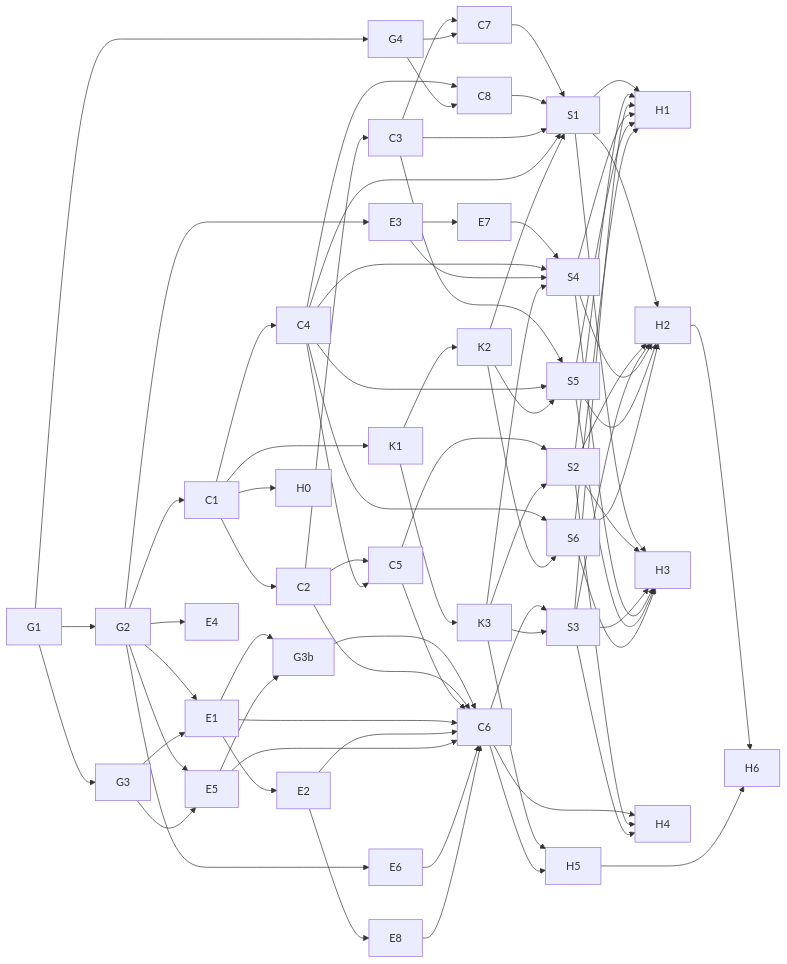
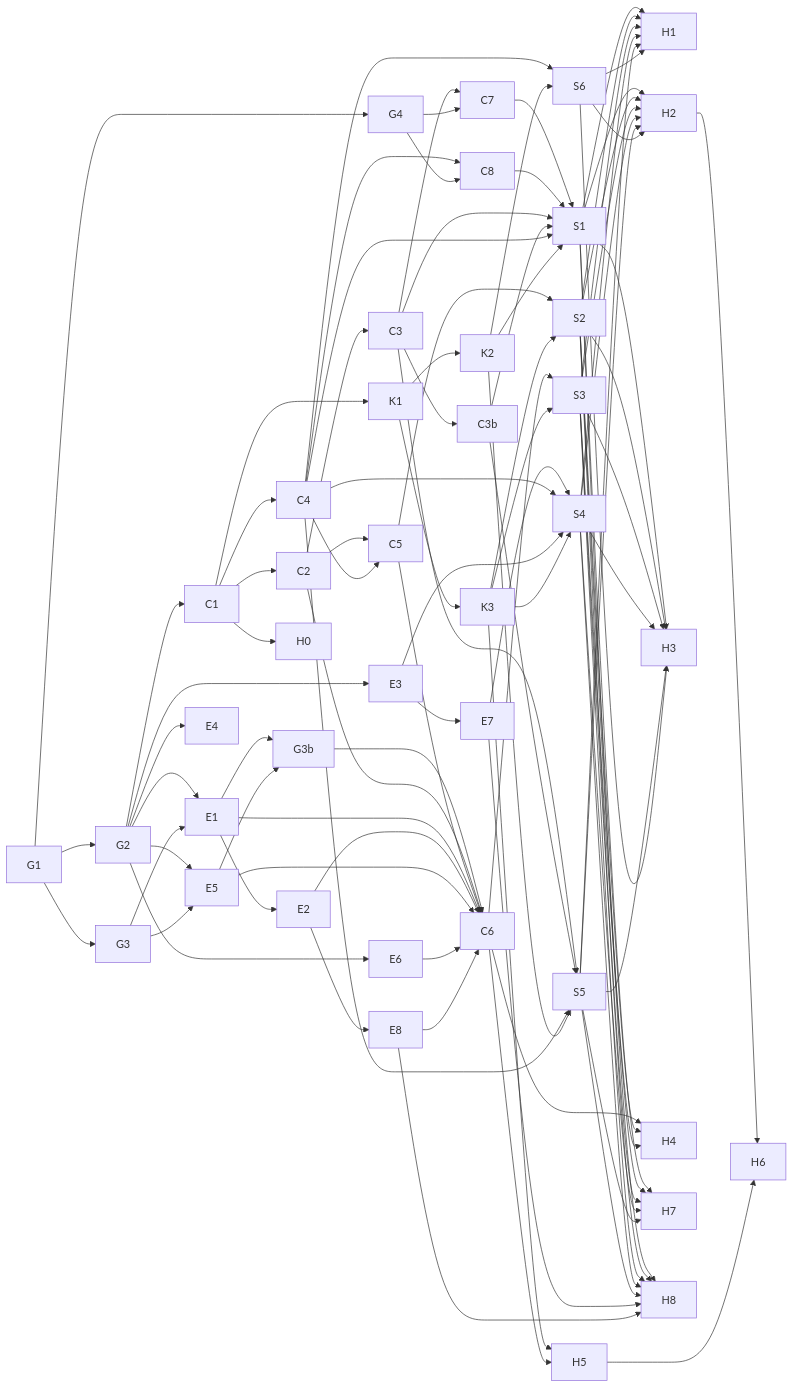
One commit to thisizmsk-png/vajra changed the diagram in docs/desktop/spec/tasks.md. Above: the diagram before and after it, drawn with Mermaid. The commit also changed other lines of this file and 4 other files, not shown here.

````diff
--- a/docs/desktop/spec/tasks.md
+++ b/docs/desktop/spec/tasks.md
@@ -121,29 +123,31 @@
 ```mermaid
 graph LR
   G1 --> G2 --> E3 & E1 & C1
   G1 --> G3 --> E1 --> E2
   G2 & G3 --> E5
   E1 & E5 --> G3b --> C6
   C1 --> C2 & C4 & K1
-  C2 --> C3
+  C2 --> C3 --> C3b
   C2 & C4 --> C5
   C2 & C5 & E1 & E2 & E5 & E6 --> C6
   G1 --> G4
   C3 & G4 --> C7
   C4 & G4 --> C8
   C7 & C8 --> S1
   G2 --> E4 & E6
   E3 --> E7 --> S4
   E2 --> E8 --> C6
   C1 --> H0
   K1 --> K2 & K3
-  C3 & C4 & K2 --> S1 & S5
+  C3 & C3b & C4 & K2 --> S1 & S5
   C4 & E3 & K3 --> S4
   C4 & K2 --> S6
   C5 & K3 --> S2
   C6 & K3 --> S3
   S1 & S2 & S3 & S4 & S5 & S6 --> H1 & H2 & H3
   C6 & S2 & S3 --> H4
   K3 & C6 --> H5
   H2 & H5 --> H6
+  S1 & S2 & S3 & S4 & S5 --> H7 & H8
+  E7 & E8 --> H8
 ```
````
